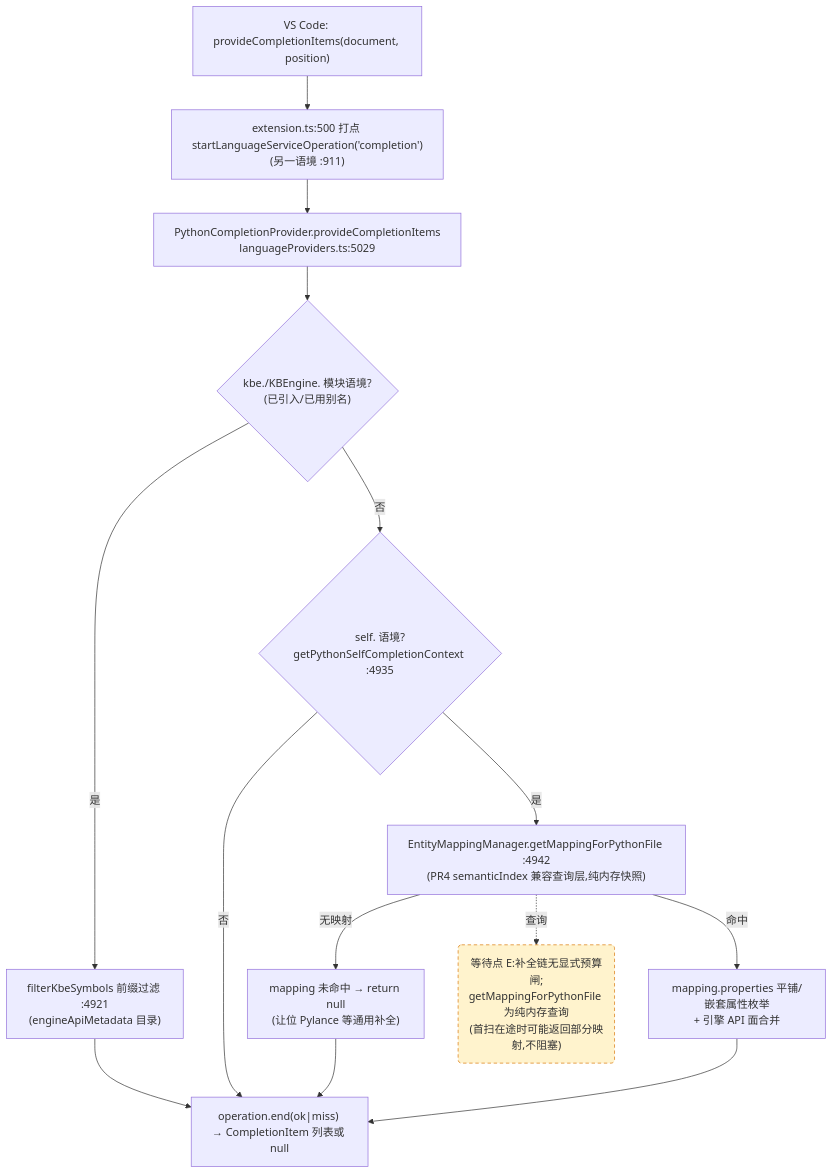
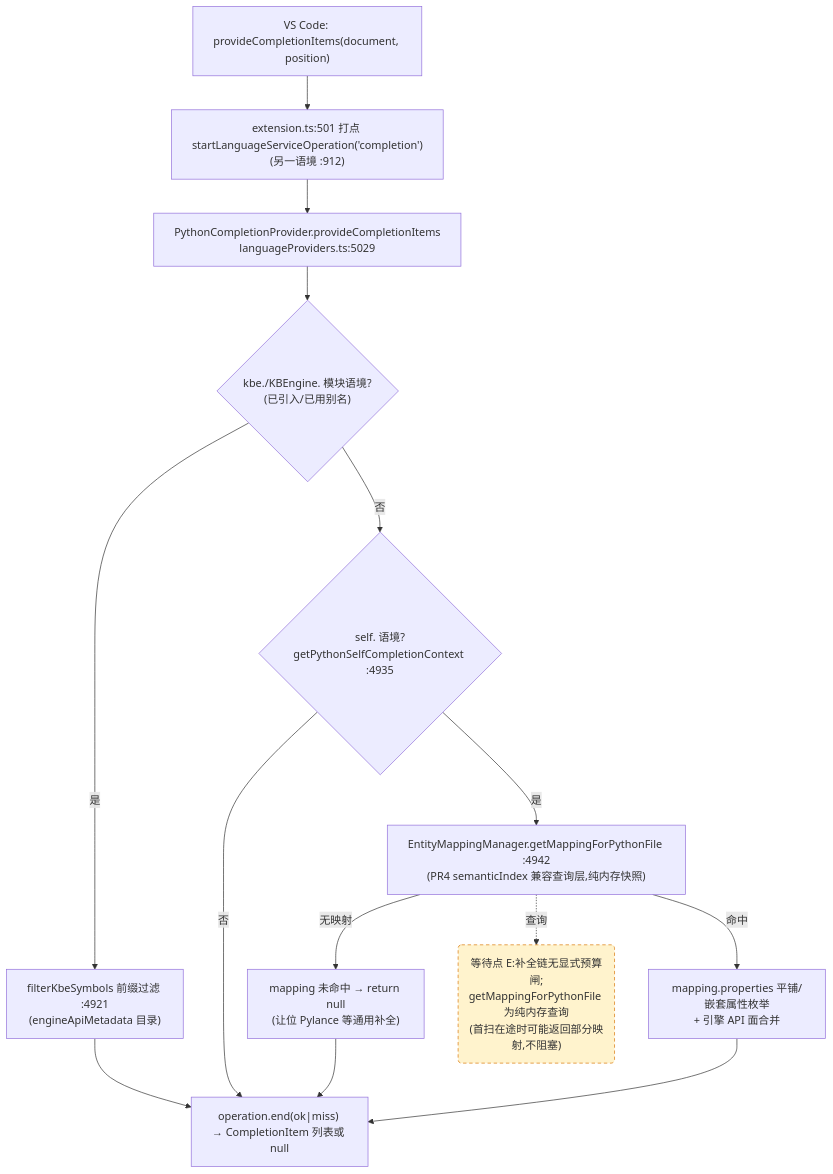
Before and after one commit to cuihairu/kode: the third of 4 diagrams in docs/perf/2026-baseline.md, drawn with Mermaid. The commit also changed other lines of this file and 8 other files, not shown here.

````diff
--- a/docs/perf/2026-baseline.md
+++ b/docs/perf/2026-baseline.md
@@ -184,27 +184,27 @@
 ```mermaid
 flowchart TD
   VC3["VS Code: provideCompletionItems(document, position)"]
-  M3["extension.ts:500 打点 startLanguageServiceOperation('completion')<br/>(另一语境 :911)"]
+  M3["extension.ts:501 打点 startLanguageServiceOperation('completion')<br/>(另一语境 :912)"]
   CP["PythonCompletionProvider.provideCompletionItems<br/>languageProviders.ts:5029"]
   KBEC{"kbe./KBEngine. 模块语境?<br/>(已引入/已用别名)"}
   FILTER["filterKbeSymbols 前缀过滤 :4921<br/>(engineApiMetadata 目录)"]
   SELFC{"self. 语境?<br/>getPythonSelfCompletionContext :4935"}
   MAP["EntityMappingManager.getMappingForPythonFile :4942<br/>(PR4 semanticIndex 兼容查询层,纯内存快照)"]
   NOMAP["mapping 未命中 → return null<br/>(让位 Pylance 等通用补全)"]
   PROPS["mapping.properties 平铺/嵌套属性枚举<br/>+ 引擎 API 面合并"]
   END3["operation.end(ok|miss) → CompletionItem 列表或 null"]
 
   VC3 --> M3 --> CP --> KBEC
   KBEC -- "是" --> FILTER --> END3
   KBEC -- "否" --> SELFC
   SELFC -- "否" --> END3
   SELFC -- "是" --> MAP
   MAP -- "无映射" --> NOMAP --> END3
   MAP -- "命中" --> PROPS --> END3
 
   WAITE("等待点 E:补全链无显式预算闸;<br/>getMappingForPythonFile 为纯内存查询<br/>(首扫在途时可能返回部分映射,不阻塞)")
   MAP -.->|查询| WAITE
 
   classDef waitPoint fill:#fff3cd,stroke:#d97706,stroke-dasharray:5 4;
   class WAITE waitPoint;
 ```
````
